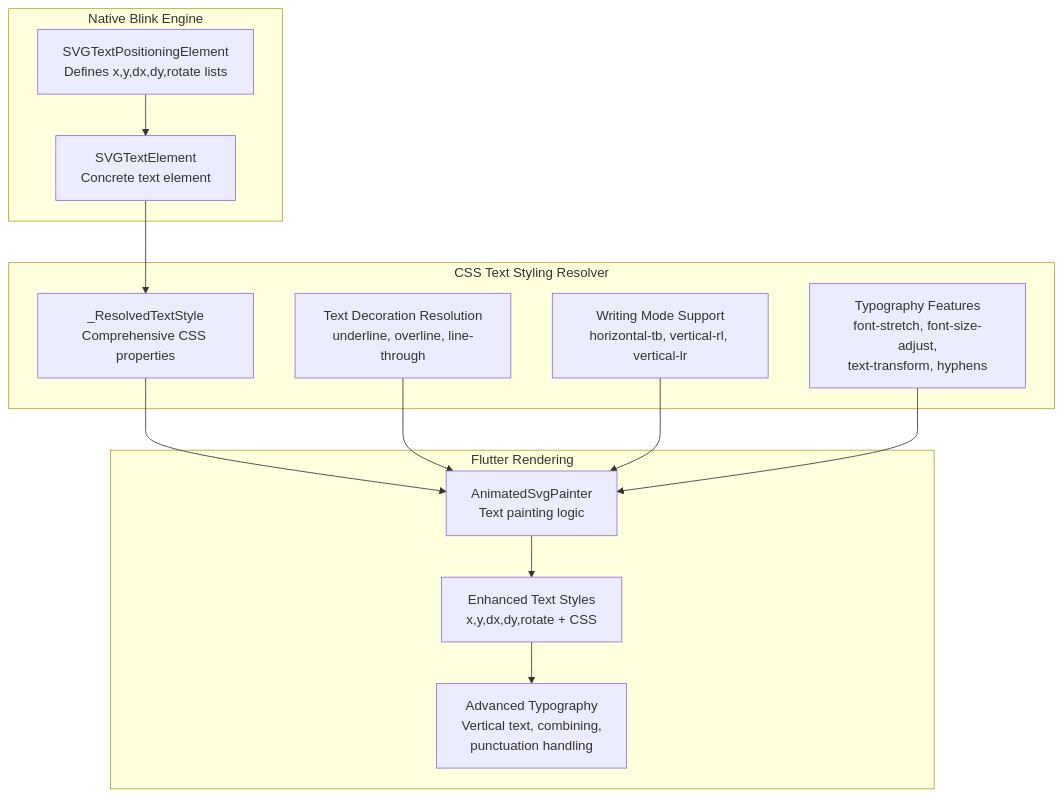
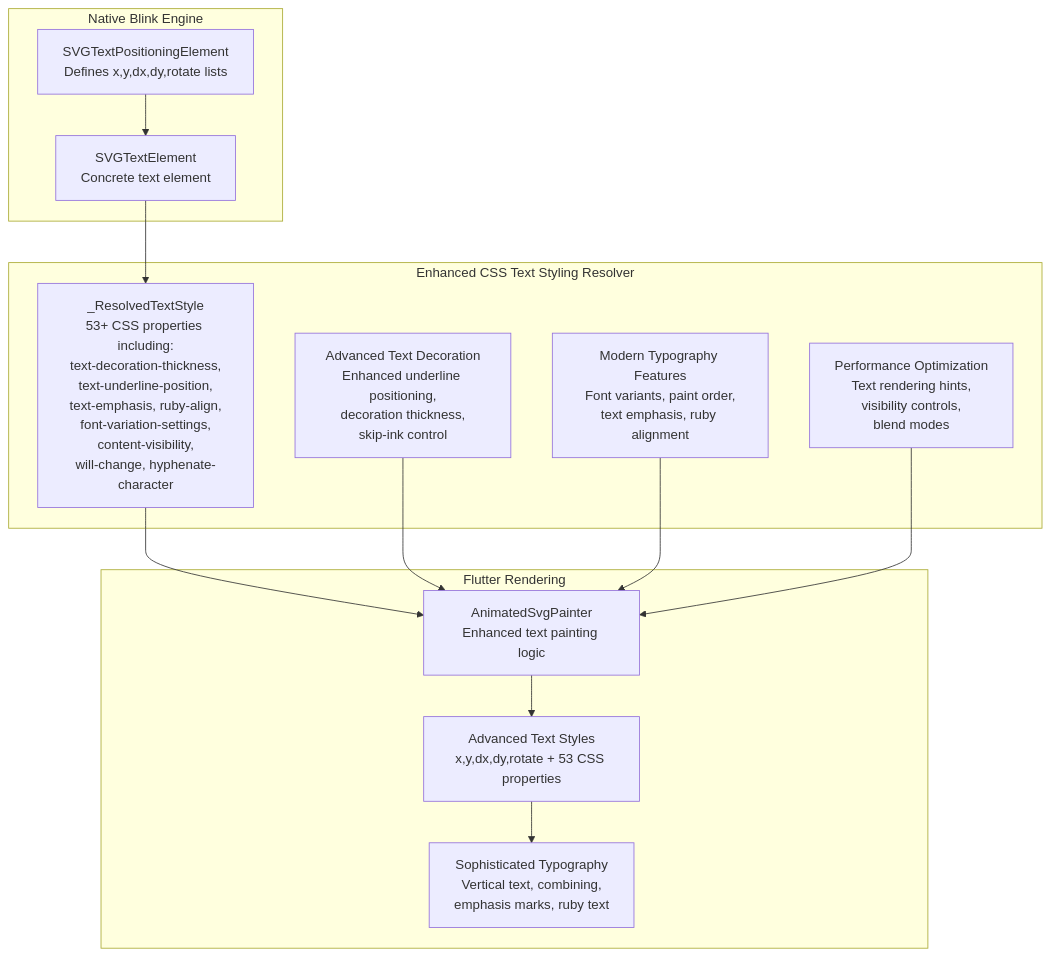
One commit to denisnadey/flutter_full_svg_support changed the first of 5 diagrams in .qoder/repowiki/en/content/Animated SVG Support/Text Positioning Attributes.md. Above: the diagram before and after it, drawn with Mermaid. The commit also changed other lines of this file and 5 other files, not shown here.

First line of the commit message:
feat(animation): enhance text styling with 53 advanced CSS properties

````diff
--- a/.qoder/repowiki/en/content/Animated SVG Support/Text Positioning Attributes.md
+++ b/.qoder/repowiki/en/content/Animated SVG Support/Text Positioning Attributes.md
@@ -50,26 +55,26 @@
 ```mermaid
 graph TB
 subgraph "Native Blink Engine"
 A["SVGTextPositioningElement<br/>Defines x,y,dx,dy,rotate lists"]
 B["SVGTextElement<br/>Concrete text element"]
 end
-subgraph "CSS Text Styling Resolver"
-C["_ResolvedTextStyle<br/>Comprehensive CSS properties"]
-D["Text Decoration Resolution<br/>underline, overline, line-through"]
-E["Writing Mode Support<br/>horizontal-tb, vertical-rl, vertical-lr"]
-F["Typography Features<br/>font-stretch, font-size-adjust,<br/>text-transform, hyphens"]
+subgraph "Enhanced CSS Text Styling Resolver"
+C["_ResolvedTextStyle<br/>53+ CSS properties including:<br/>text-decoration-thickness,<br/>text-underline-position,<br/>text-emphasis, ruby-align,<br/>font-variation-settings,<br/>content-visibility,<br/>will-change, hyphenate-character"]
+D["Advanced Text Decoration<br/>Enhanced underline positioning,<br/>decoration thickness,<br/>skip-ink control"]
+E["Modern Typography Features<br/>Font variants, paint order,<br/>text emphasis, ruby alignment"]
+F["Performance Optimization<br/>Text rendering hints,<br/>visibility controls,<br/>blend modes"]
 end
 subgraph "Flutter Rendering"
-G["AnimatedSvgPainter<br/>Text painting logic"]
-H["Enhanced Text Styles<br/>x,y,dx,dy,rotate + CSS"]
-I["Advanced Typography<br/>Vertical text, combining,<br/>punctuation handling"]
+G["AnimatedSvgPainter<br/>Enhanced text painting logic"]
+H["Advanced Text Styles<br/>x,y,dx,dy,rotate + 53 CSS properties"]
+I["Sophisticated Typography<br/>Vertical text, combining,<br/>emphasis marks, ruby text"]
 end
 A --> B
 B --> C
 C --> G
 D --> G
 E --> G
 F --> G
 G --> H
 H --> I
 ```
````
